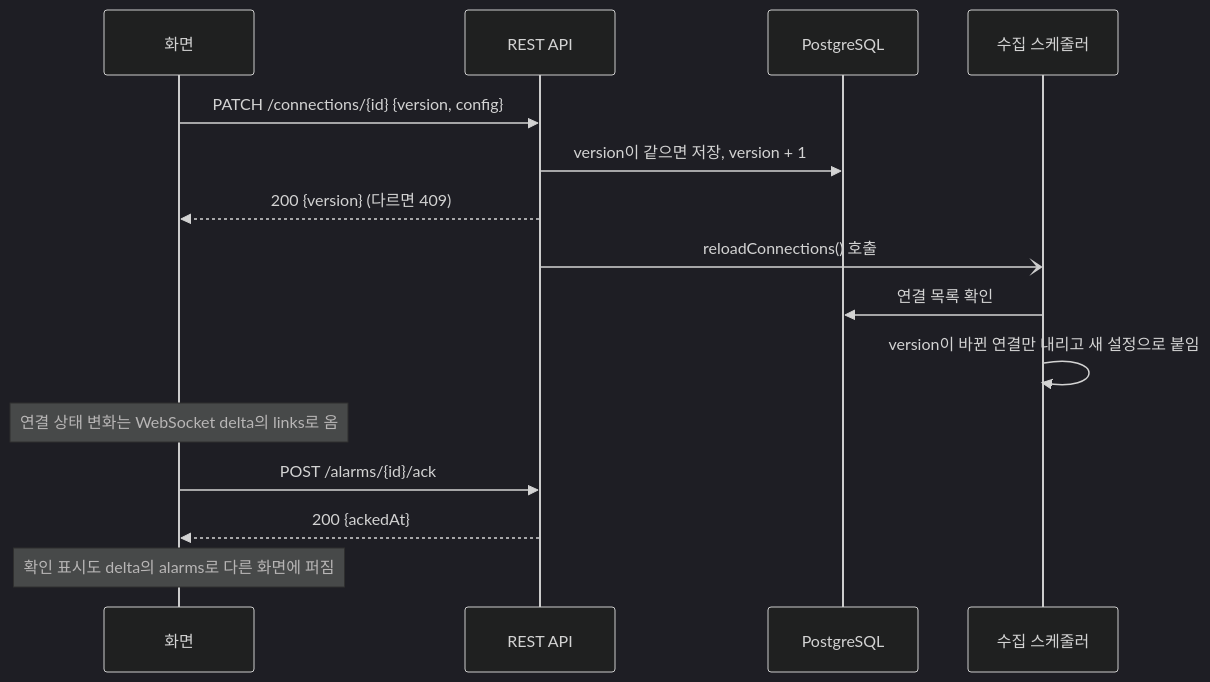
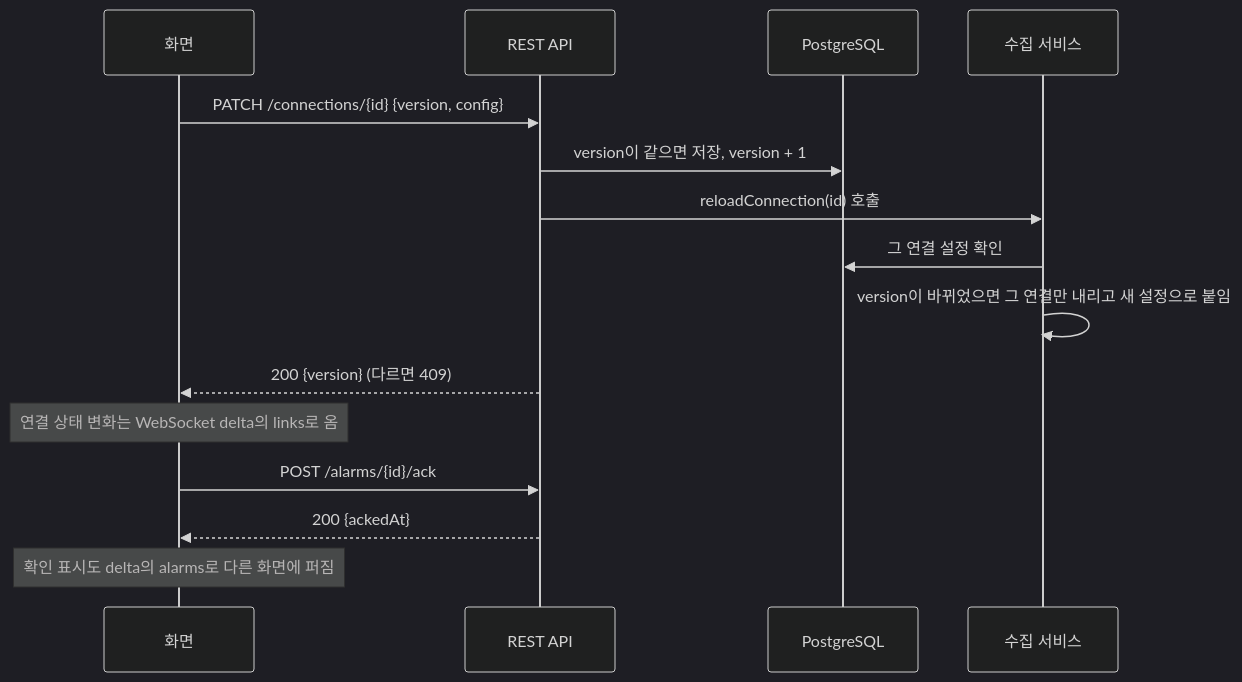
The second of 3 diagrams in docs/design.md (dksalsgus/agv-amr-control-middleware), drawn with Mermaid (dark theme) before and after one commit. The commit also changed 9 other files, not shown here.

````diff
--- a/docs/design.md
+++ b/docs/design.md
@@ -118,17 +118,17 @@
 ```mermaid
 sequenceDiagram
   participant W as 화면
   participant API as REST API
   participant DB as PostgreSQL
-  participant SC as 수집 스케줄러
+  participant SC as 수집 서비스
   W->>API: PATCH /connections/{id} {version, config}
   API->>DB: version이 같으면 저장, version + 1
+  API->>SC: reloadConnection(id) 호출
+  SC->>DB: 그 연결 설정 확인
+  SC->>SC: version이 바뀌었으면 그 연결만 내리고 새 설정으로 붙임
   API-->>W: 200 {version} (다르면 409)
-  API-)SC: reloadConnections() 호출
-  SC->>DB: 연결 목록 확인
-  SC->>SC: version이 바뀐 연결만 내리고 새 설정으로 붙임
   Note over W: 연결 상태 변화는 WebSocket delta의 links로 옴
   W->>API: POST /alarms/{id}/ack
   API-->>W: 200 {ackedAt}
   Note over W: 확인 표시도 delta의 alarms로 다른 화면에 퍼짐
 ```
````
